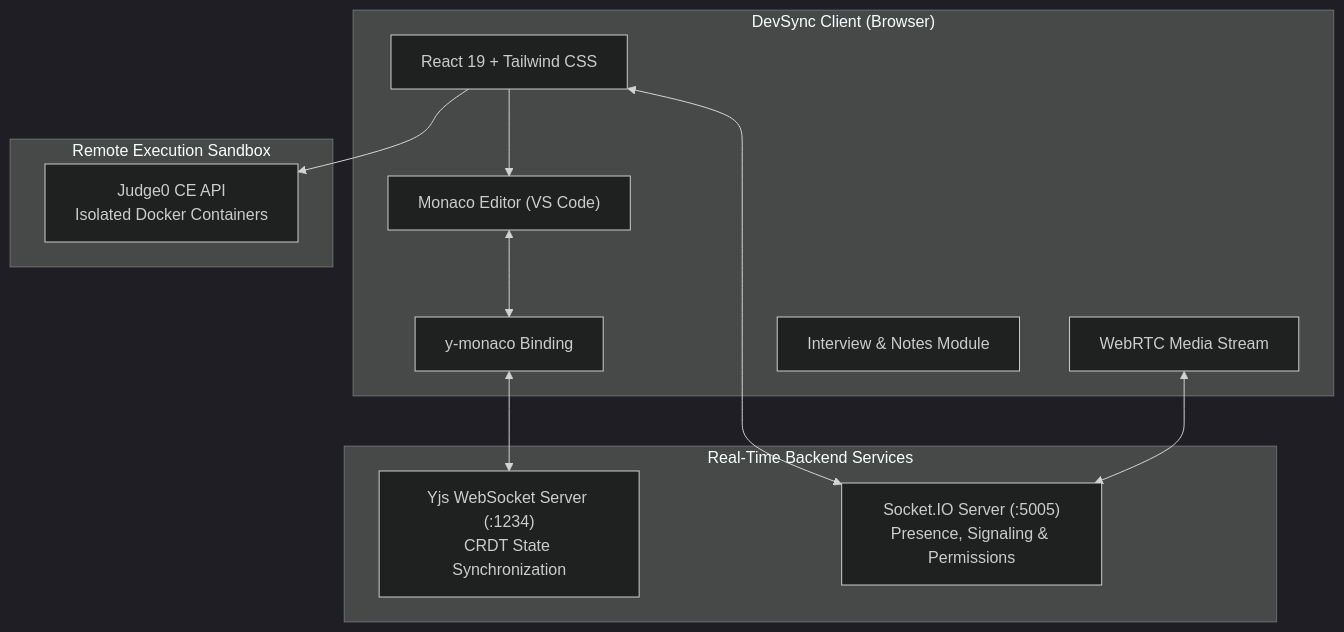
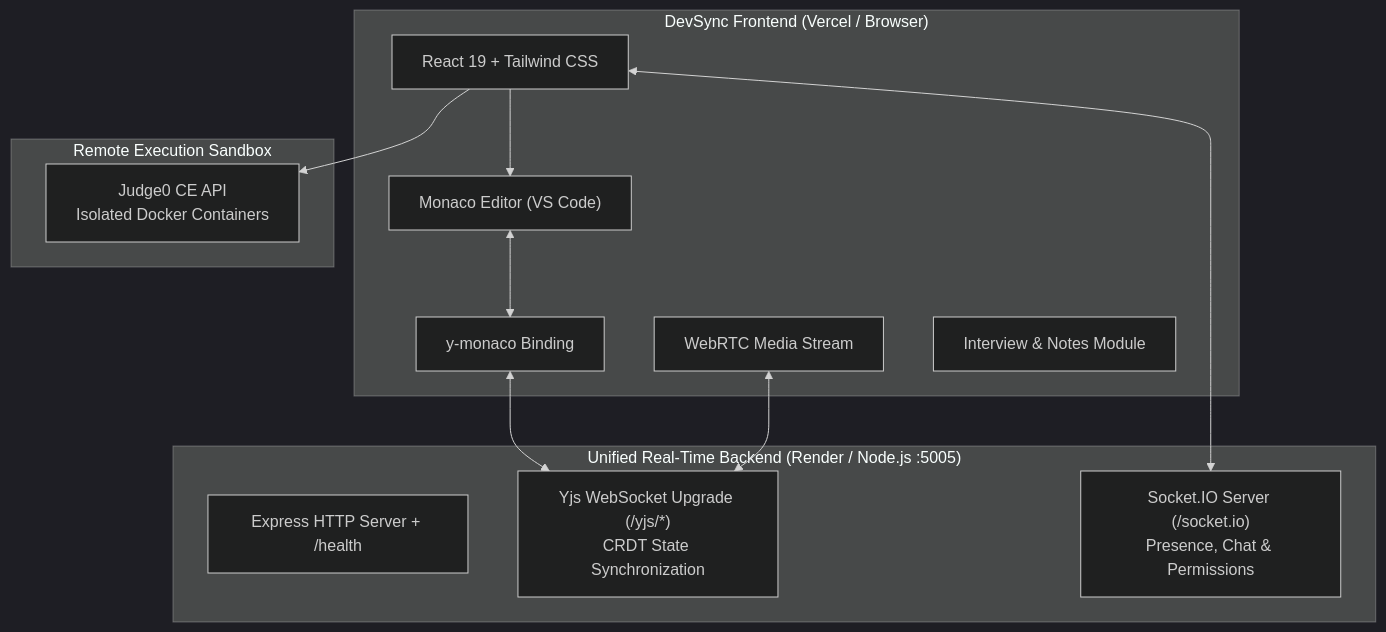
One commit to Kushalraj123/DevSync-Collaborative-IDE changed the diagram in README.md. Above: the diagram before and after it, drawn with Mermaid (dark theme). The commit also changed other lines of this file, not shown here.

Commit message:
docs: update README with live links, mobile UX, cursor sync, and Render+Vercel deployment

````diff
--- a/README.md
+++ b/README.md
@@ -77,26 +92,27 @@
 ```mermaid
 graph TD
-    subgraph Client["DevSync Client (Browser)"]
+    subgraph Client["DevSync Frontend (Vercel / Browser)"]
         UI["React 19 + Tailwind CSS"]
         Monaco["Monaco Editor (VS Code)"]
         YMonaco["y-monaco Binding"]
         WebRTCClient["WebRTC Media Stream"]
         InterviewModule["Interview & Notes Module"]
     end
 
-    subgraph Relays["Real-Time Backend Services"]
-        YjsServer["Yjs WebSocket Server (:1234)<br/>CRDT State Synchronization"]
-        SocketServer["Socket.IO Server (:5005)<br/>Presence, Signaling & Permissions"]
+    subgraph Backend["Unified Real-Time Backend (Render / Node.js :5005)"]
+        Express["Express HTTP Server + /health"]
+        YjsServer["Yjs WebSocket Upgrade (/yjs/*)<br/>CRDT State Synchronization"]
+        SocketServer["Socket.IO Server (/socket.io)<br/>Presence, Chat & Permissions"]
     end
 
     subgraph Execution["Remote Execution Sandbox"]
         Judge0["Judge0 CE API<br/>Isolated Docker Containers"]
     end
 
     UI --> Monaco
     Monaco <--> YMonaco
     YMonaco <--> YjsServer
     UI <--> SocketServer
-    WebRTCClient <--> SocketServer
+    WebRTCClient <--> YjsServer
     UI --> Judge0
 ```
````
